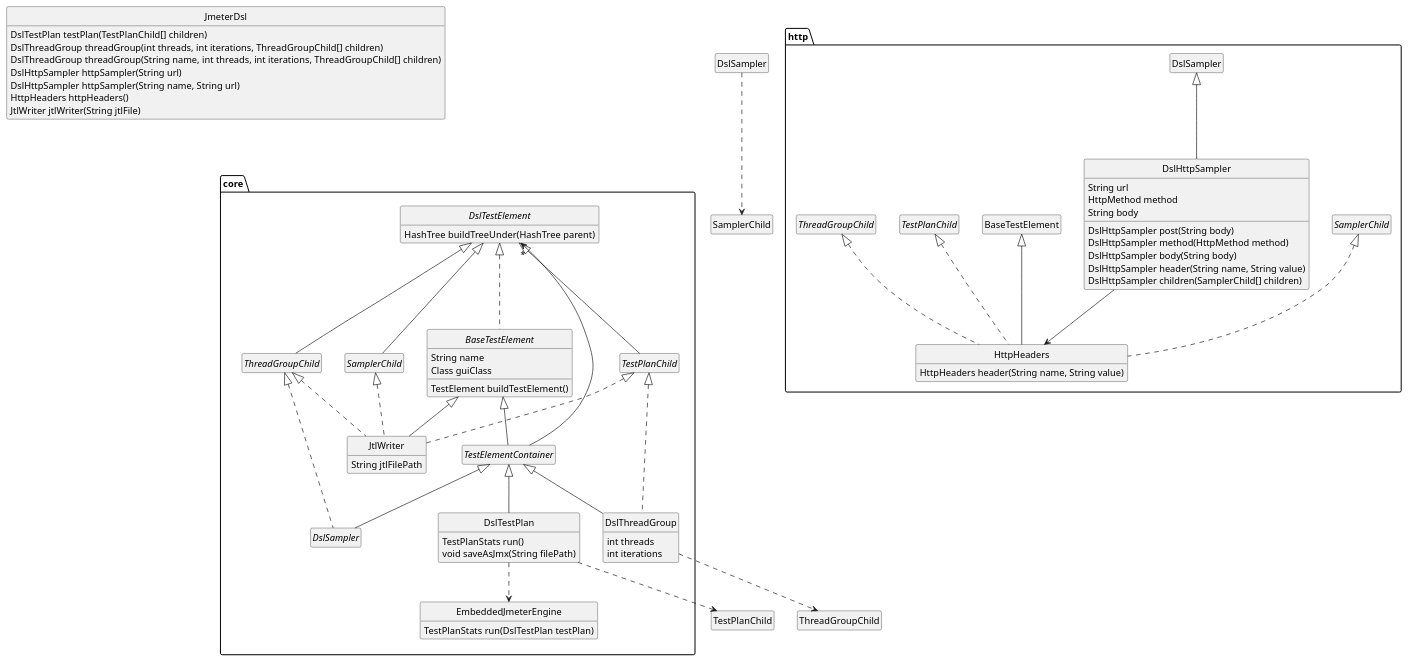
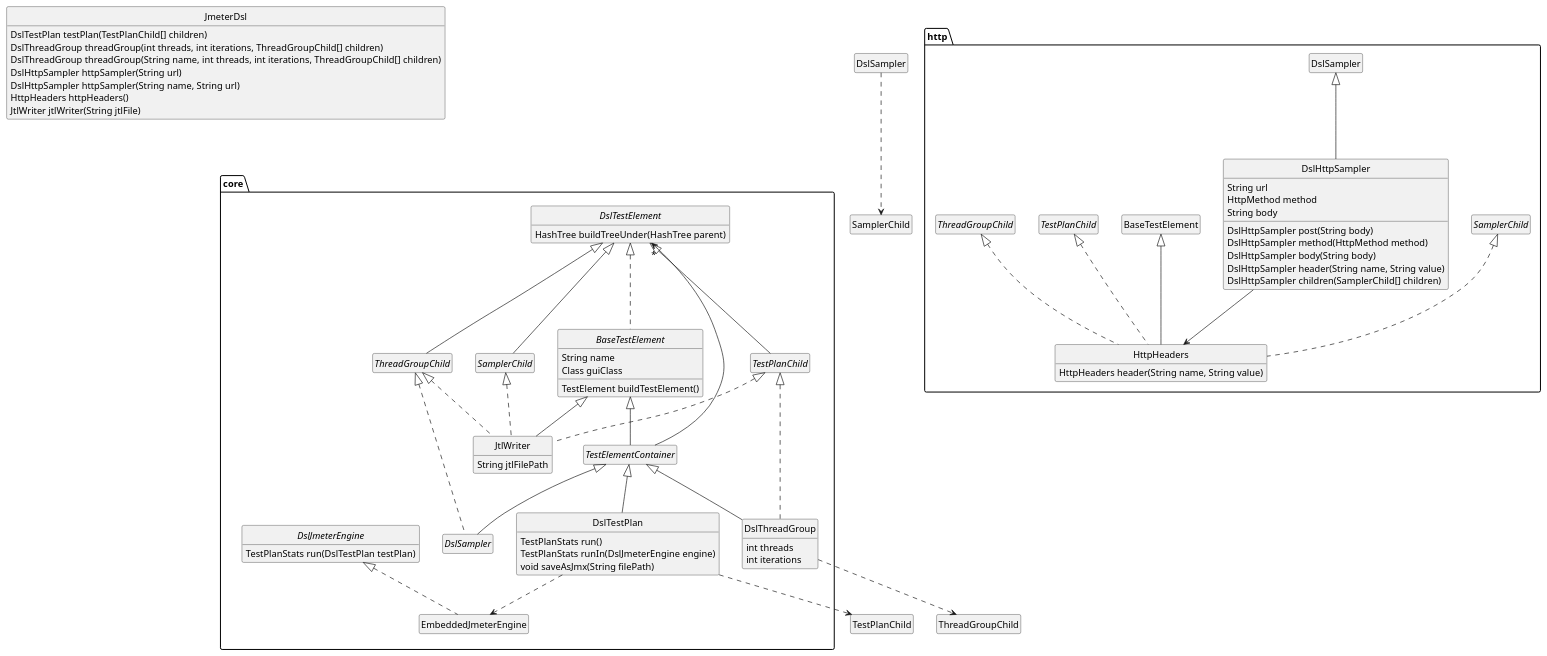
The diagram in docs/classes.puml (abstracta/jmeter-java-dsl), drawn with PlantUML before and after one commit. The commit also changed 29 other files, not shown here.

First line of the commit message:
Add module to run test plans in BlazeMeter

```diff
--- a/docs/classes.puml
+++ b/docs/classes.puml
@@ -1,91 +1,95 @@
 @startuml
 
 skinparam monochrome true
 hide empty members
 hide circle
 
 class JmeterDsl {
   DslTestPlan testPlan(TestPlanChild[] children)
   DslThreadGroup threadGroup(int threads, int iterations, ThreadGroupChild[] children)
   DslThreadGroup threadGroup(String name, int threads, int iterations, ThreadGroupChild[] children)
   DslHttpSampler httpSampler(String url)
   DslHttpSampler httpSampler(String name, String url)
   HttpHeaders httpHeaders()
   JtlWriter jtlWriter(String jtlFile)
 }
 
 package core {
 
   interface DslTestElement {
     HashTree buildTreeUnder(HashTree parent)
   }
 
   abstract class BaseTestElement implements DslTestElement {
     String name
     Class guiClass
     TestElement buildTestElement()
   }
 
   abstract class TestElementContainer extends BaseTestElement {
   }
 
   class DslTestPlan extends TestElementContainer {
     TestPlanStats run()
+    TestPlanStats runIn(DslJmeterEngine engine)
     void saveAsJmx(String filePath)
   }
 
   interface TestPlanChild extends DslTestElement {
   }
 
-  class EmbeddedJmeterEngine {
+  interface DslJmeterEngine {
     TestPlanStats run(DslTestPlan testPlan)
+  }
+
+  class EmbeddedJmeterEngine implements DslJmeterEngine {
   }
 
   class DslThreadGroup extends TestElementContainer implements TestPlanChild {
     int threads
     int iterations
   }
 
   interface ThreadGroupChild extends DslTestElement {
   }
 
   abstract class DslSampler extends TestElementContainer implements ThreadGroupChild {
   }
 
   interface SamplerChild extends DslTestElement {
   }
 
   class JtlWriter extends BaseTestElement implements TestPlanChild, ThreadGroupChild, SamplerChild {
     String jtlFilePath
   }
 
 }
 
 package http {
 
   class DslHttpSampler extends DslSampler {
     String url
     HttpMethod method
     String body
     DslHttpSampler post(String body)
     DslHttpSampler method(HttpMethod method)
     DslHttpSampler body(String body)
     DslHttpSampler header(String name, String value)
     DslHttpSampler children(SamplerChild[] children)
   }
 
   class HttpHeaders extends BaseTestElement implements TestPlanChild, ThreadGroupChild, SamplerChild {
     HttpHeaders header(String name, String value)
   }
 
 }
 
 JmeterDsl -[hidden]- core
 TestElementContainer -up-> "*" DslTestElement
 DslTestPlan ..> TestPlanChild
 DslThreadGroup ..> ThreadGroupChild
 DslTestPlan ..> EmbeddedJmeterEngine
 DslSampler ..> SamplerChild
 DslHttpSampler --> HttpHeaders
 
 @enduml
```
